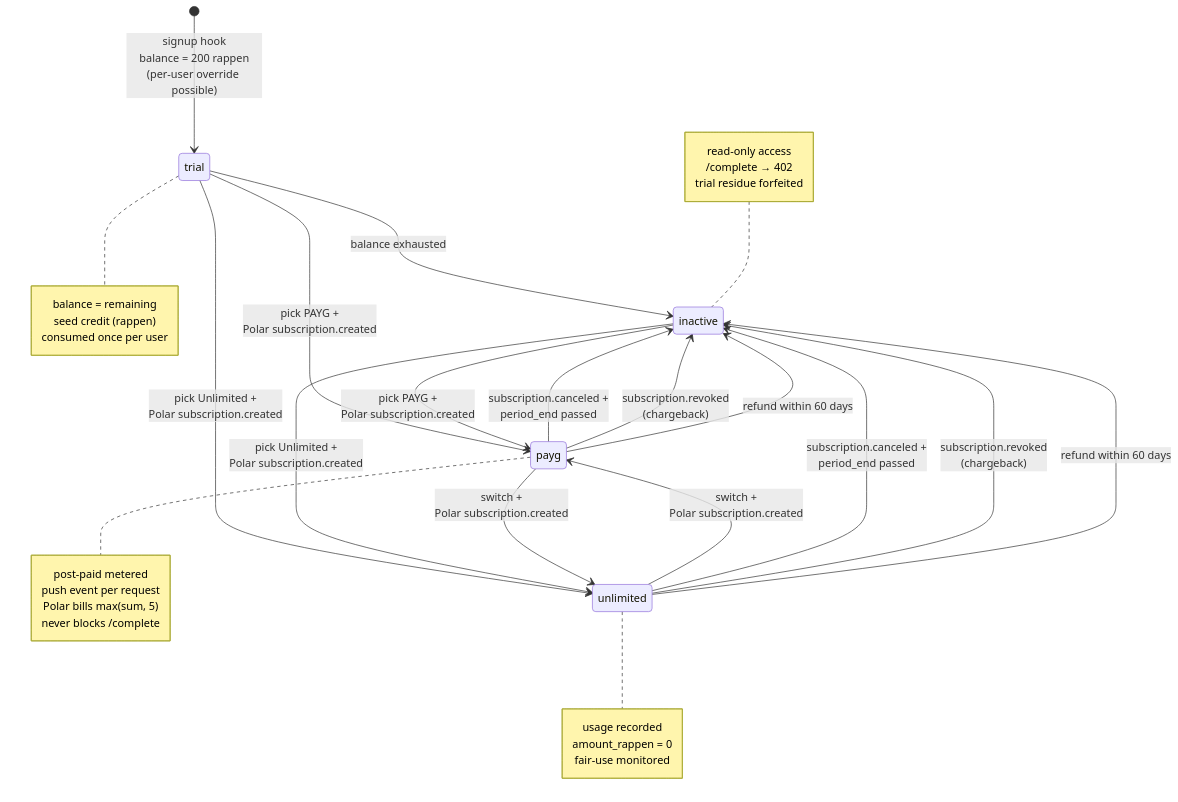
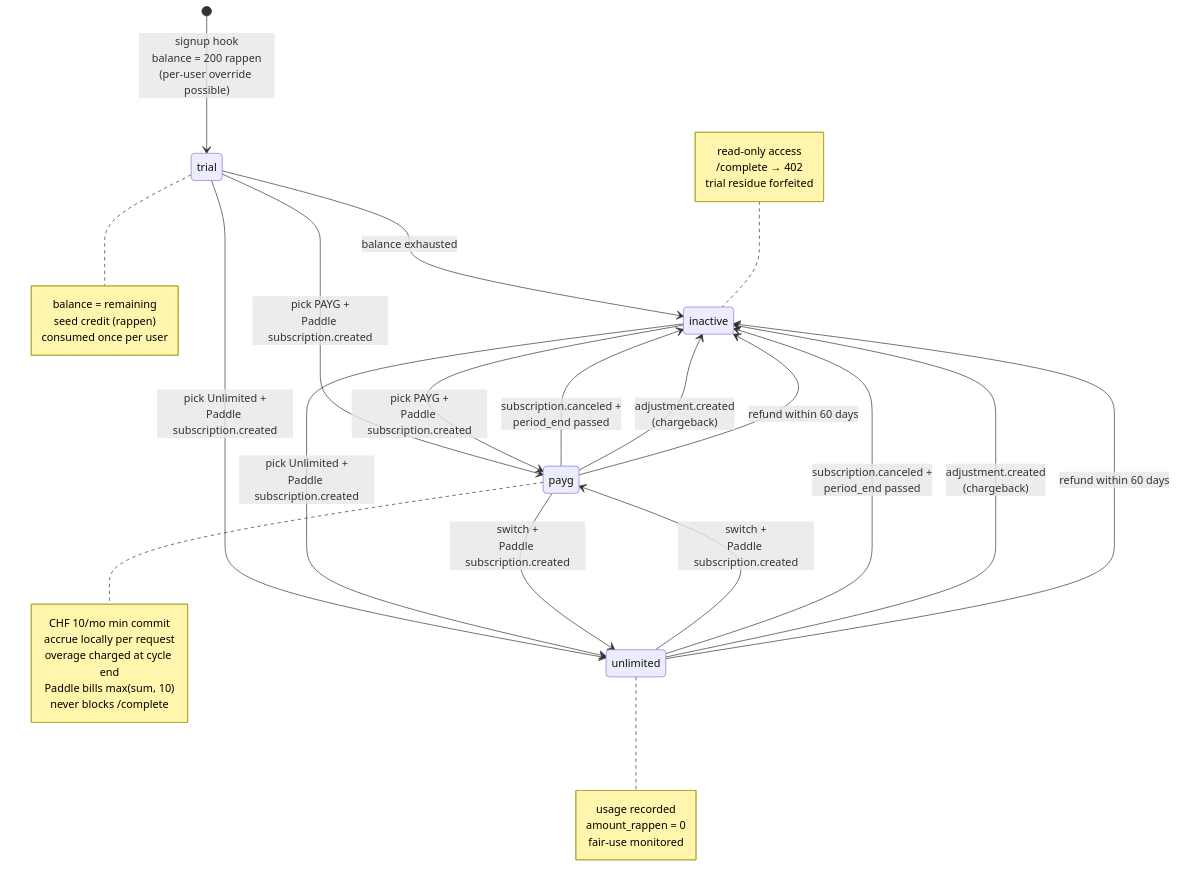
Before and after one commit to cognos-io/chat.cognos.io: the third of 7 diagrams in docs/specs/billing.md, drawn with Mermaid. The commit also changed other lines of this file, not shown here.

````diff
--- a/docs/specs/billing.md
+++ b/docs/specs/billing.md
@@ -377,39 +391,40 @@
 ```mermaid
 stateDiagram-v2
     [*] --> trial: signup hook<br/>balance = 200 rappen<br/>(per-user override possible)
     trial --> inactive: balance exhausted
-    trial --> payg: pick PAYG +<br/>Polar subscription.created
-    trial --> unlimited: pick Unlimited +<br/>Polar subscription.created
-    inactive --> payg: pick PAYG +<br/>Polar subscription.created
-    inactive --> unlimited: pick Unlimited +<br/>Polar subscription.created
-    payg --> unlimited: switch +<br/>Polar subscription.created
-    unlimited --> payg: switch +<br/>Polar subscription.created
+    trial --> payg: pick PAYG +<br/>Paddle subscription.created
+    trial --> unlimited: pick Unlimited +<br/>Paddle subscription.created
+    inactive --> payg: pick PAYG +<br/>Paddle subscription.created
+    inactive --> unlimited: pick Unlimited +<br/>Paddle subscription.created
+    payg --> unlimited: switch +<br/>Paddle subscription.created
+    unlimited --> payg: switch +<br/>Paddle subscription.created
     payg --> inactive: subscription.canceled +<br/>period_end passed
     unlimited --> inactive: subscription.canceled +<br/>period_end passed
-    payg --> inactive: subscription.revoked<br/>(chargeback)
-    unlimited --> inactive: subscription.revoked<br/>(chargeback)
+    payg --> inactive: adjustment.created<br/>(chargeback)
+    unlimited --> inactive: adjustment.created<br/>(chargeback)
     payg --> inactive: refund within 60 days
     unlimited --> inactive: refund within 60 days
 
     note right of trial
         balance = remaining
         seed credit (rappen)
         consumed once per user
     end note
     note right of payg
-        post-paid metered
-        push event per request
-        Polar bills max(sum, 5)
+        CHF 10/mo min commit
+        accrue locally per request
+        overage charged at cycle end
+        Paddle bills max(sum, 10)
         never blocks /complete
     end note
     note right of unlimited
         usage recorded
         amount_rappen = 0
         fair-use monitored
     end note
     note left of inactive
         read-only access
         /complete → 402
         trial residue forfeited
     end note
 ```
````
